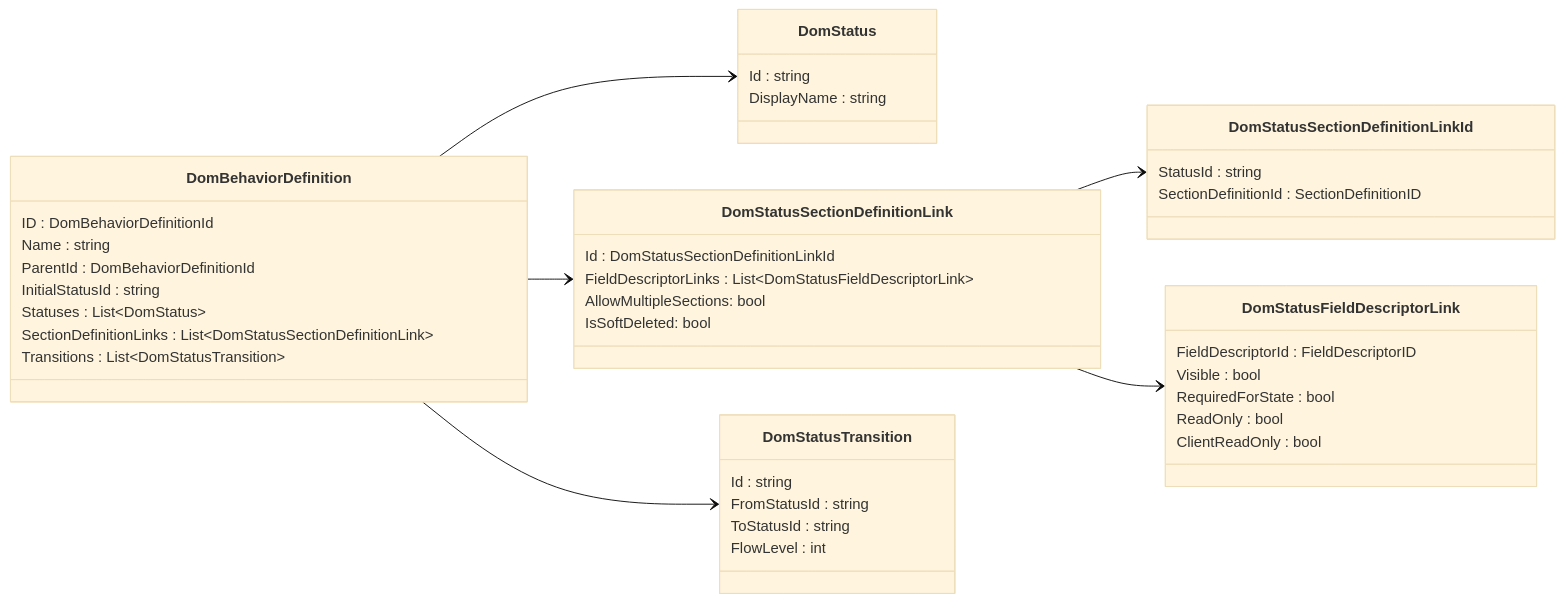
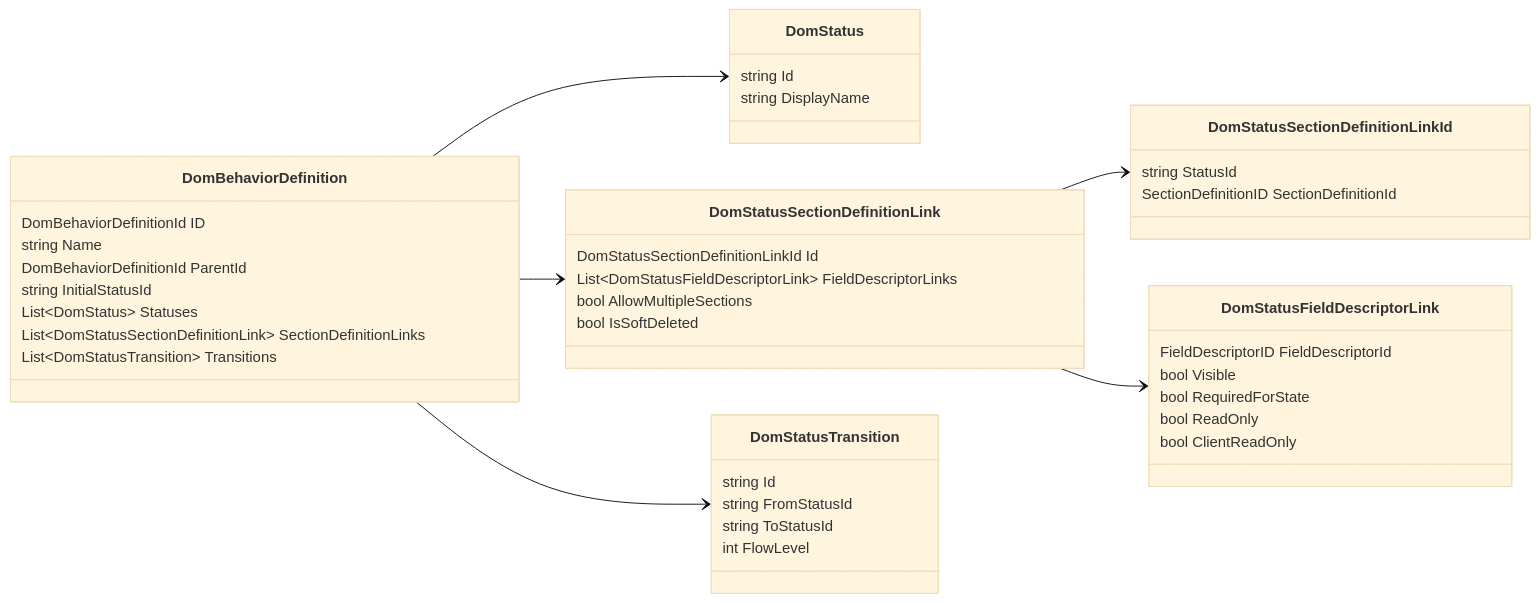
The diagram in user-guide/Advanced_Modules/DOM/DOM_status_system.md (SkylineCommunications/dataminer-docs), drawn with Mermaid (base theme) before and after one commit. The commit also changed 1 other file, not shown here.

Commit message:
mermaid error solved

```diff
--- a/user-guide/Advanced_Modules/DOM/DOM_status_system.md
+++ b/user-guide/Advanced_Modules/DOM/DOM_status_system.md
@@ -11,52 +11,45 @@
 <div class="mermaid">
 classDiagram
-direction LR
-class DomBehaviorDefinition {
-   ID : DomBehaviorDefinitionId
-   Name : string
-   ParentId : DomBehaviorDefinitionId
-   InitialStatusId : string
-   Statuses : List~DomStatus~
-   SectionDefinitionLinks : List~DomStatusSectionDefinitionLink~
-   Transitions : List~DomStatusTransition~
-}
-
-class DomStatus {
-   Id : string
-   DisplayName : string
-}
-
-class DomStatusSectionDefinitionLink {
-   Id : DomStatusSectionDefinitionLinkId
-   FieldDescriptorLinks : List~DomStatusFieldDescriptorLink~
-   AllowMultipleSections: bool
-   IsSoftDeleted: bool
-}
-
-class DomStatusTransition {
-   Id : string
-   FromStatusId : string
-   ToStatusId : string
-   FlowLevel : int
-
-}
-
-class DomStatusSectionDefinitionLinkId {
-   StatusId : string
-   SectionDefinitionId : SectionDefinitionID
-}
-
-class DomStatusFieldDescriptorLink {
-   FieldDescriptorId : FieldDescriptorID
-   Visible : bool
-   RequiredForState : bool
-   ReadOnly : bool
-   ClientReadOnly : bool
-}
-
-DomBehaviorDefinition --> DomStatus
-DomBehaviorDefinition --> DomStatusSectionDefinitionLink
-DomBehaviorDefinition --> DomStatusTransition
-DomStatusSectionDefinitionLink --> DomStatusSectionDefinitionLinkId
-DomStatusSectionDefinitionLink --> DomStatusFieldDescriptorLink 
+   direction LR
+   class DomBehaviorDefinition {
+      DomBehaviorDefinitionId ID
+      string Name
+      DomBehaviorDefinitionId ParentId
+      string InitialStatusId
+      List~DomStatus~ Statuses
+      List~DomStatusSectionDefinitionLink~ SectionDefinitionLinks
+      List~DomStatusTransition~ Transitions
+   }
+   class DomStatus {
+      string Id
+      string DisplayName
+   }
+   class DomStatusSectionDefinitionLink {
+      DomStatusSectionDefinitionLinkId Id
+      List~DomStatusFieldDescriptorLink~ FieldDescriptorLinks
+      bool AllowMultipleSections
+      bool IsSoftDeleted
+   }
+   class DomStatusTransition {
+      string Id
+      string FromStatusId
+      string ToStatusId
+      int FlowLevel
+   }
+   class DomStatusSectionDefinitionLinkId {
+      string StatusId
+      SectionDefinitionID SectionDefinitionId
+   }
+   class DomStatusFieldDescriptorLink {
+      FieldDescriptorID FieldDescriptorId
+      bool Visible
+      bool RequiredForState
+      bool ReadOnly
+      bool ClientReadOnly
+   }
+   DomBehaviorDefinition --> DomStatus
+   DomBehaviorDefinition --> DomStatusSectionDefinitionLink
+   DomBehaviorDefinition --> DomStatusTransition
+   DomStatusSectionDefinitionLink --> DomStatusSectionDefinitionLinkId
+   DomStatusSectionDefinitionLink --> DomStatusFieldDescriptorLink
 </div>
```
